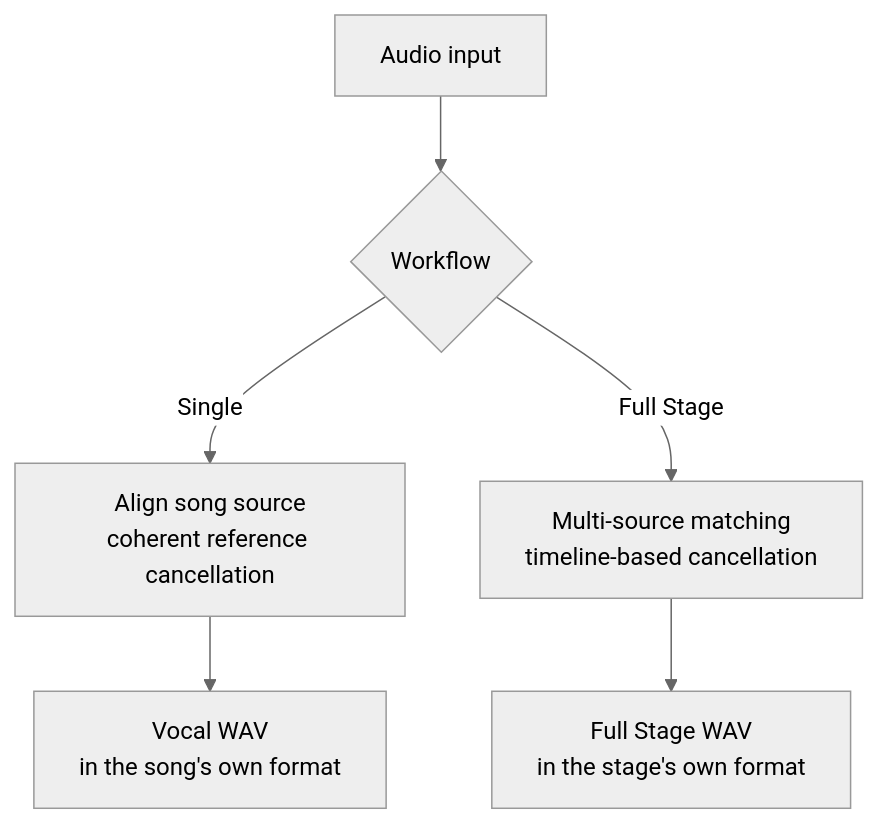
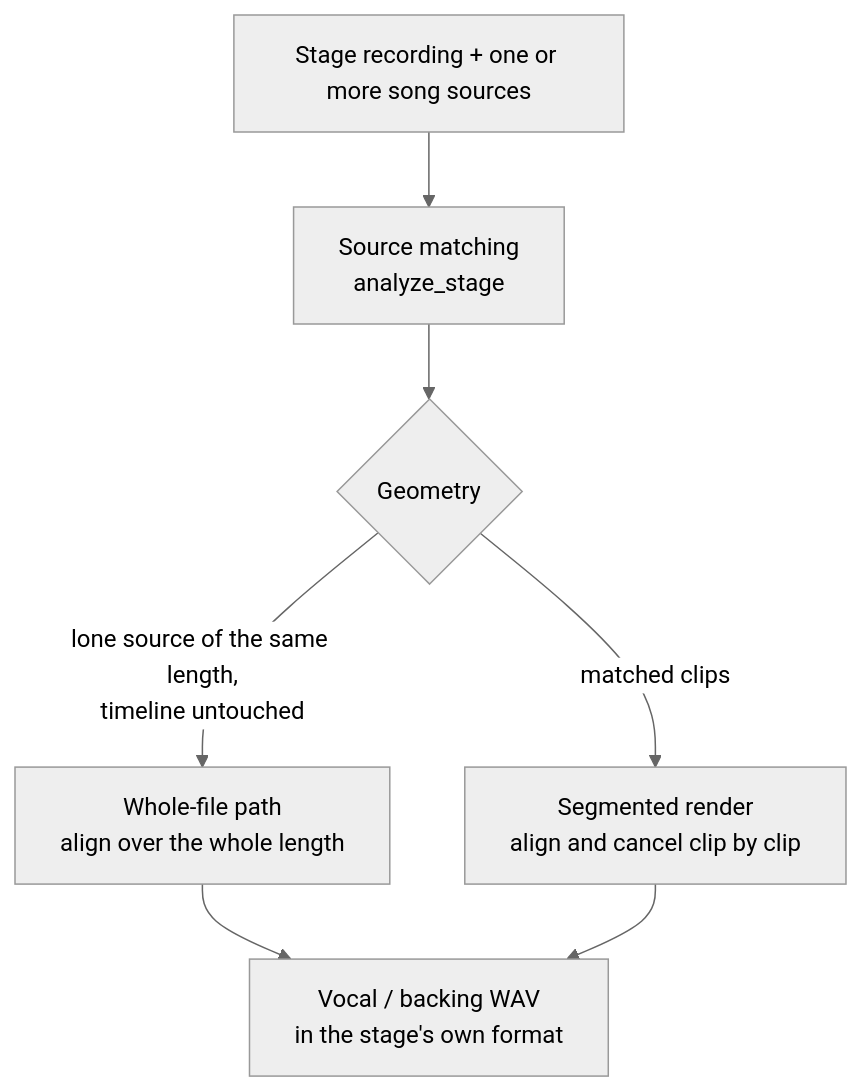
One commit to ChouChiu/Purivox changed the third of 4 diagrams in docs/en/architecture.md. Above: the diagram before and after it, drawn with Mermaid (neutral theme). The commit also changed other lines of this file and 16 other files, not shown here.

````diff
--- a/docs/en/architecture.md
+++ b/docs/en/architecture.md
@@ -141,8 +148,9 @@
 ```mermaid
 flowchart TB
-    input["Audio input"] --> choice{"Workflow"}
-    choice -->|Single| mr["Align song source<br/>coherent reference cancellation"]
-    choice -->|Full Stage| stage["Multi-source matching<br/>timeline-based cancellation"]
-    mr --> mrout["Vocal WAV<br/>in the song's own format"]
-    stage --> stageout["Full Stage WAV<br/>in the stage's own format"]
+    input["Stage recording + one or more song sources"] --> match["Source matching<br/>analyze_stage"]
+    match --> choice{"Geometry"}
+    choice -->|lone source of the same length,<br/>timeline untouched| whole["Whole-file path<br/>align over the whole length"]
+    choice -->|matched clips| stage["Segmented render<br/>align and cancel clip by clip"]
+    whole --> out["Vocal / backing WAV<br/>in the stage's own format"]
+    stage --> out
 ```
````
